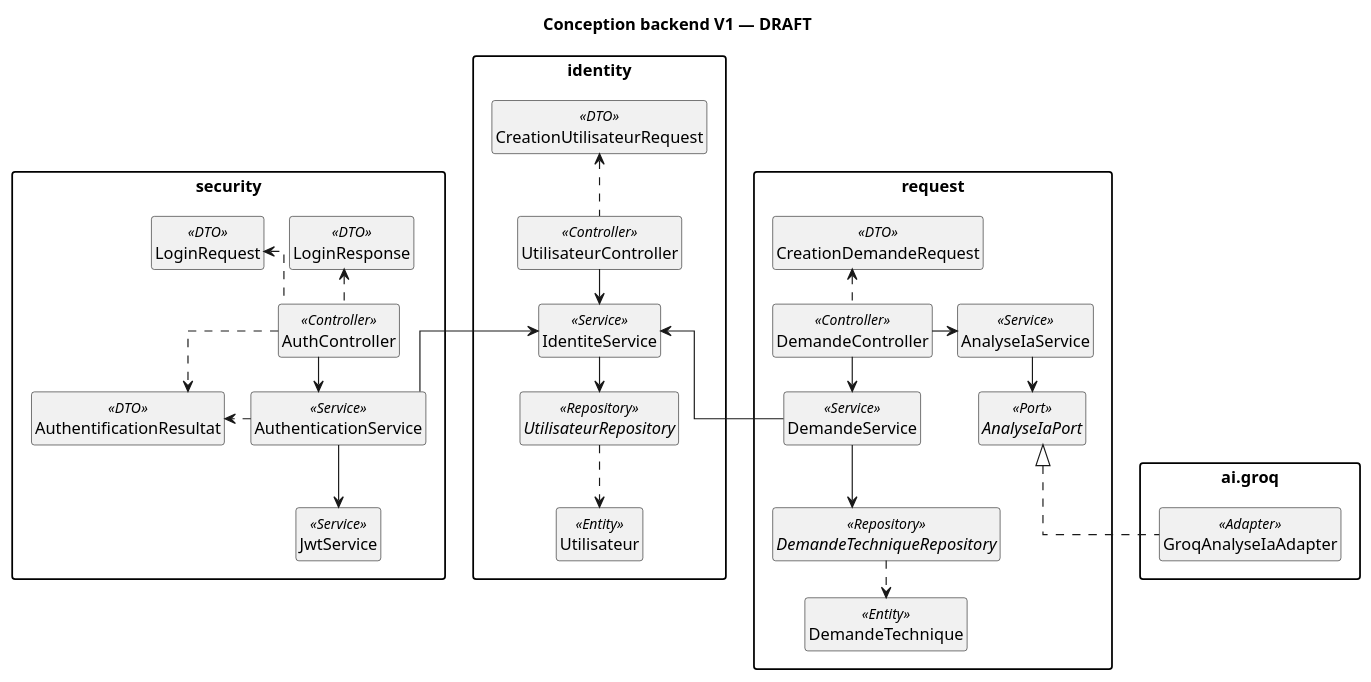
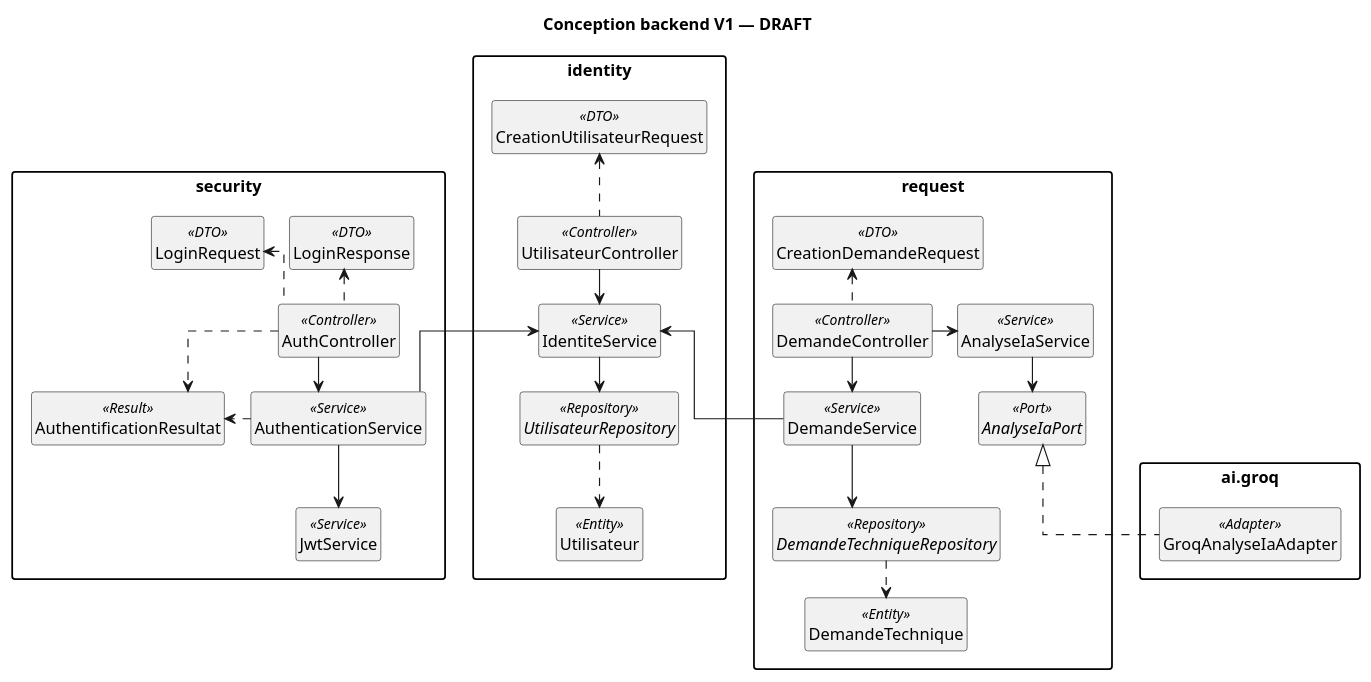
One commit to akrouty/gestion-demandes-techniques changed the diagram in docs/uml/class/backend-design-v1.puml. Above: the diagram before and after it, drawn with PlantUML.

Commit message:
conception backend

```diff
--- a/docs/uml/class/backend-design-v1.puml
+++ b/docs/uml/class/backend-design-v1.puml
@@ -1,66 +1,66 @@
 @startuml
 ' Statut : DRAFT
 ' Vue synthétique des classes réelles de main ; détails omis volontairement.
 ' Les liens hidden sont uniquement des contraintes graphiques.
 title Conception backend V1 — DRAFT
 top to bottom direction
 skinparam monochrome true
 skinparam shadowing false
 skinparam backgroundColor white
 skinparam classAttributeIconSize 0
 skinparam packageStyle rectangle
 skinparam linetype ortho
 skinparam nodesep 22
 skinparam ranksep 30
 hide empty members
 hide circle
 package request as REQUEST_MODULE {
   class CreationDemandeRequest <<DTO>>
   class DemandeController <<Controller>>
   class DemandeService <<Service>>
   interface DemandeTechniqueRepository <<Repository>>
   class DemandeTechnique <<Entity>>
   class AnalyseIaService <<Service>>
   interface AnalyseIaPort <<Port>>
   DemandeController .up.> CreationDemandeRequest
   DemandeController -down-> DemandeService
   DemandeService -down-> DemandeTechniqueRepository
   DemandeTechniqueRepository .down.> DemandeTechnique
   DemandeController -left-> AnalyseIaService
   AnalyseIaService -down-> AnalyseIaPort
 }
 package "ai.groq" as GROQ_MODULE {
   class GroqAnalyseIaAdapter <<Adapter>>
 }
 GroqAnalyseIaAdapter .up.|> AnalyseIaPort
 package identity as IDENTITY_MODULE {
   class CreationUtilisateurRequest <<DTO>>
   class UtilisateurController <<Controller>>
   class IdentiteService <<Service>>
   interface UtilisateurRepository <<Repository>>
   class Utilisateur <<Entity>>
   UtilisateurController .up.> CreationUtilisateurRequest
   UtilisateurController -down-> IdentiteService
   IdentiteService -down-> UtilisateurRepository
   UtilisateurRepository .down.> Utilisateur
 }
 package security as SECURITY_MODULE {
   class LoginRequest <<DTO>>
   class LoginResponse <<DTO>>
   class AuthController <<Controller>>
   class AuthenticationService <<Service>>
-  class AuthentificationResultat <<DTO>>
+  class AuthentificationResultat <<Result>>
   class JwtService <<Service>>
   AuthController .up.> LoginRequest
   AuthController .up.> LoginResponse
   AuthController -down-> AuthenticationService
   AuthController .right.> AuthentificationResultat
   AuthenticationService .right.> AuthentificationResultat
   AuthenticationService -down-> JwtService
 }
 DemandeService -up-> IdentiteService
 AuthenticationService -up-> IdentiteService
 ' Placement uniquement : alignement des entrées et services.
 LoginRequest -[hidden]right- LoginResponse
 DemandeController -[hidden]right-> AuthController
 @enduml
```
